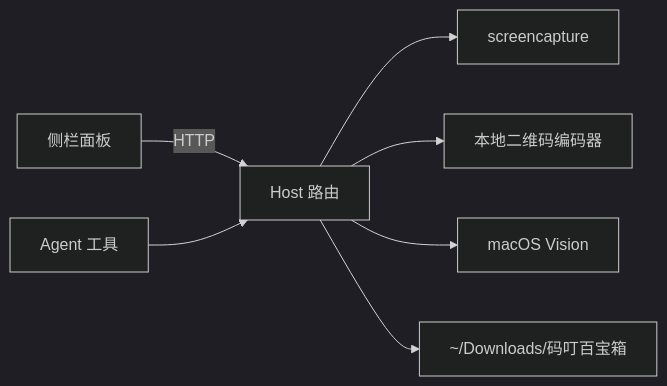
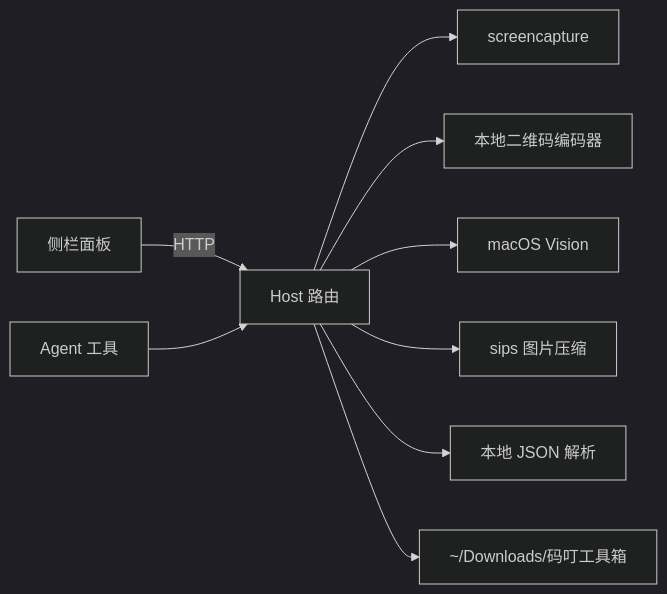
The diagram in README.md (liulxiang/madingbox), drawn with Mermaid (dark theme) before and after one commit. The commit also changed other lines of this file and 7 other files, not shown here.

````diff
--- a/README.md
+++ b/README.md
@@ -157,9 +188,11 @@
 ```mermaid
 flowchart LR
   U[侧栏面板] -->|HTTP| H[Host 路由]
   A[Agent 工具] --> H
   H --> S[screencapture]
   H --> Q[本地二维码编码器]
   H --> V[macOS Vision]
-  H --> O[~/Downloads/码叮百宝箱]
+  H --> C[sips 图片压缩]
+  H --> J[本地 JSON 解析]
+  H --> O[~/Downloads/码叮工具箱]
 ```
````
